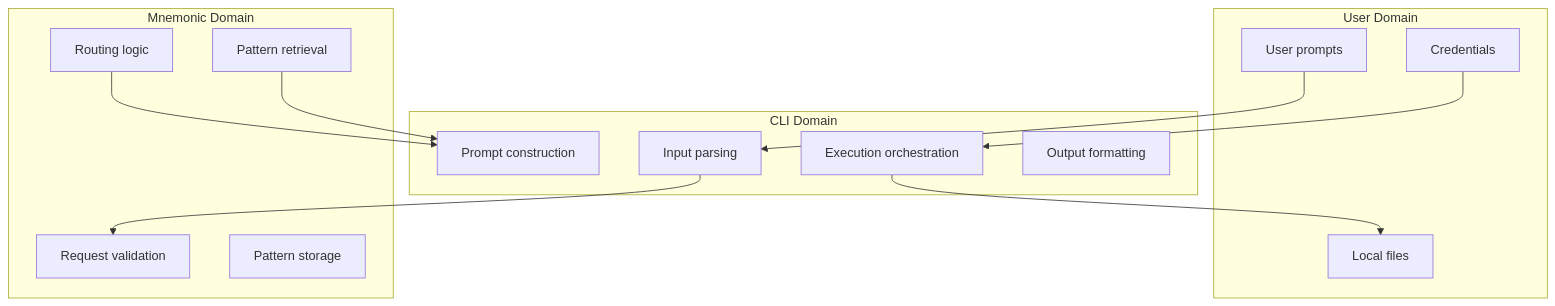
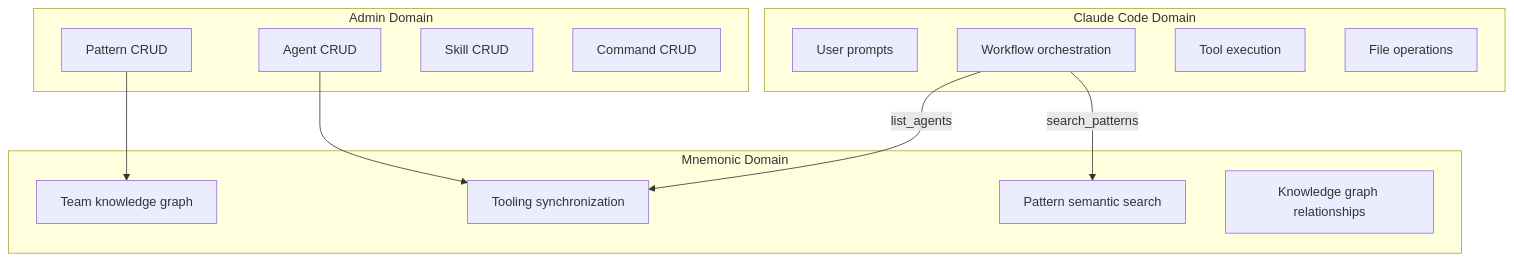
Before and after one commit to twistingmercury/mnemonic-mcp: the fifth of 5 diagrams in docs/architecture/03-system-architecture.md, drawn with Mermaid. The commit also changed other lines of this file and 63 other files, not shown here.

````diff
--- a/docs/architecture/03-system-architecture.md
+++ b/docs/architecture/03-system-architecture.md
@@ -244,29 +251,28 @@
 ```mermaid
 graph TB
-    subgraph "User Domain"
-        UD1[User prompts]
-        UD2[Local files]
-        UD3[Credentials]
-    end
-
-    subgraph "CLI Domain"
-        CD1[Input parsing]
-        CD2[Prompt construction]
-        CD3[Execution orchestration]
-        CD4[Output formatting]
+    subgraph "Claude Code Domain"
+        CD1[User prompts]
+        CD2[Workflow orchestration]
+        CD3[Tool execution]
+        CD4[File operations]
     end
 
     subgraph "Mnemonic Domain"
-        MD1[Routing logic]
-        MD2[Pattern retrieval]
-        MD3[Request validation]
-        MD4[Pattern storage]
+        MD1[Team knowledge graph]
+        MD2[Pattern semantic search]
+        MD3[Tooling synchronization]
+        MD4[Knowledge graph relationships]
     end
 
-    UD1 --> CD1
-    UD3 --> CD3
-    CD1 --> MD3
-    MD1 --> CD2
-    MD2 --> CD2
-    CD3 --> UD2
+    subgraph "Admin Domain"
+        AD1[Pattern CRUD]
+        AD2[Agent CRUD]
+        AD3[Skill CRUD]
+        AD4[Command CRUD]
+    end
+
+    CD2 -->|"search_patterns"| MD2
+    CD2 -->|"list_agents"| MD3
+    AD1 --> MD1
+    AD2 --> MD3
 ```
````
